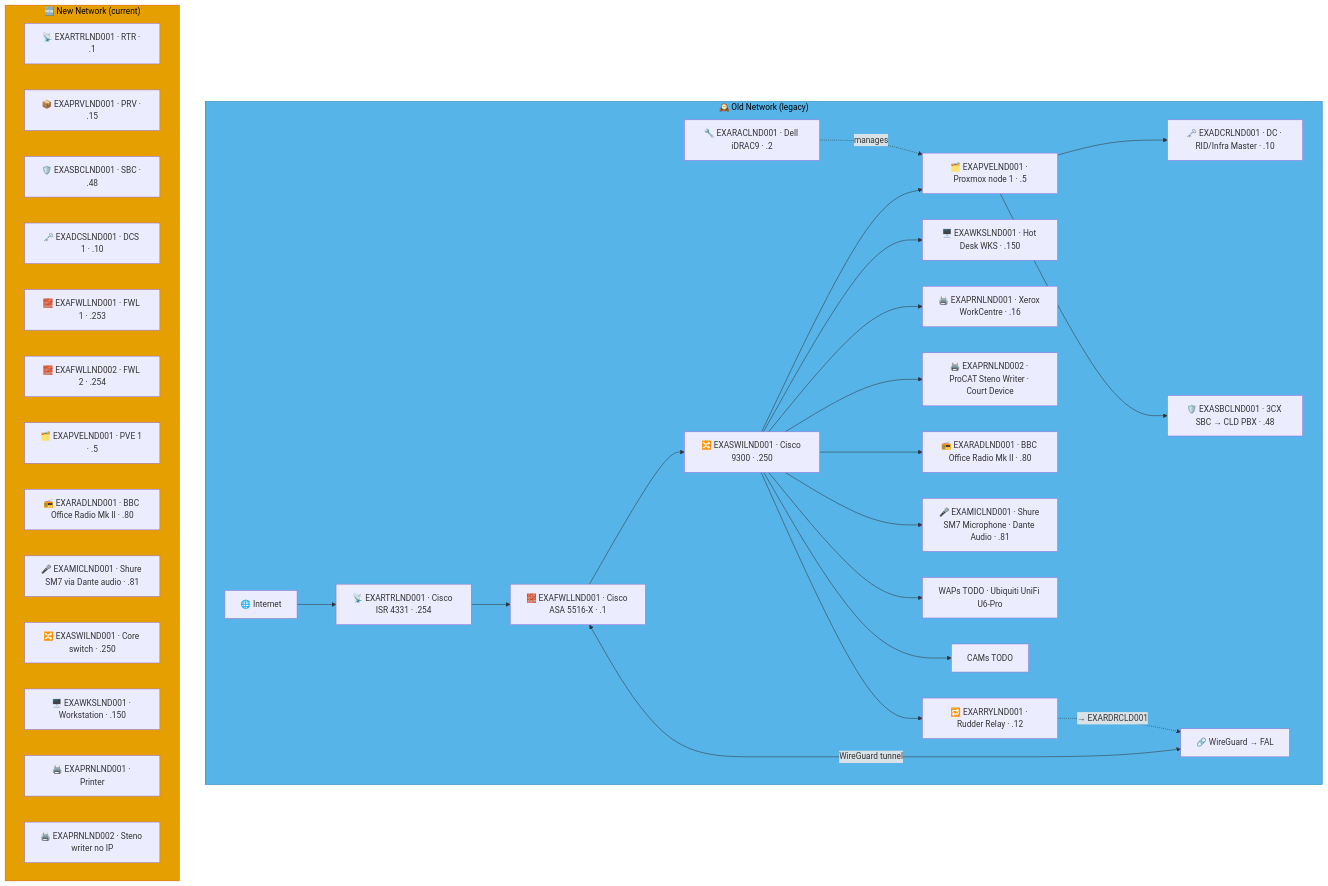
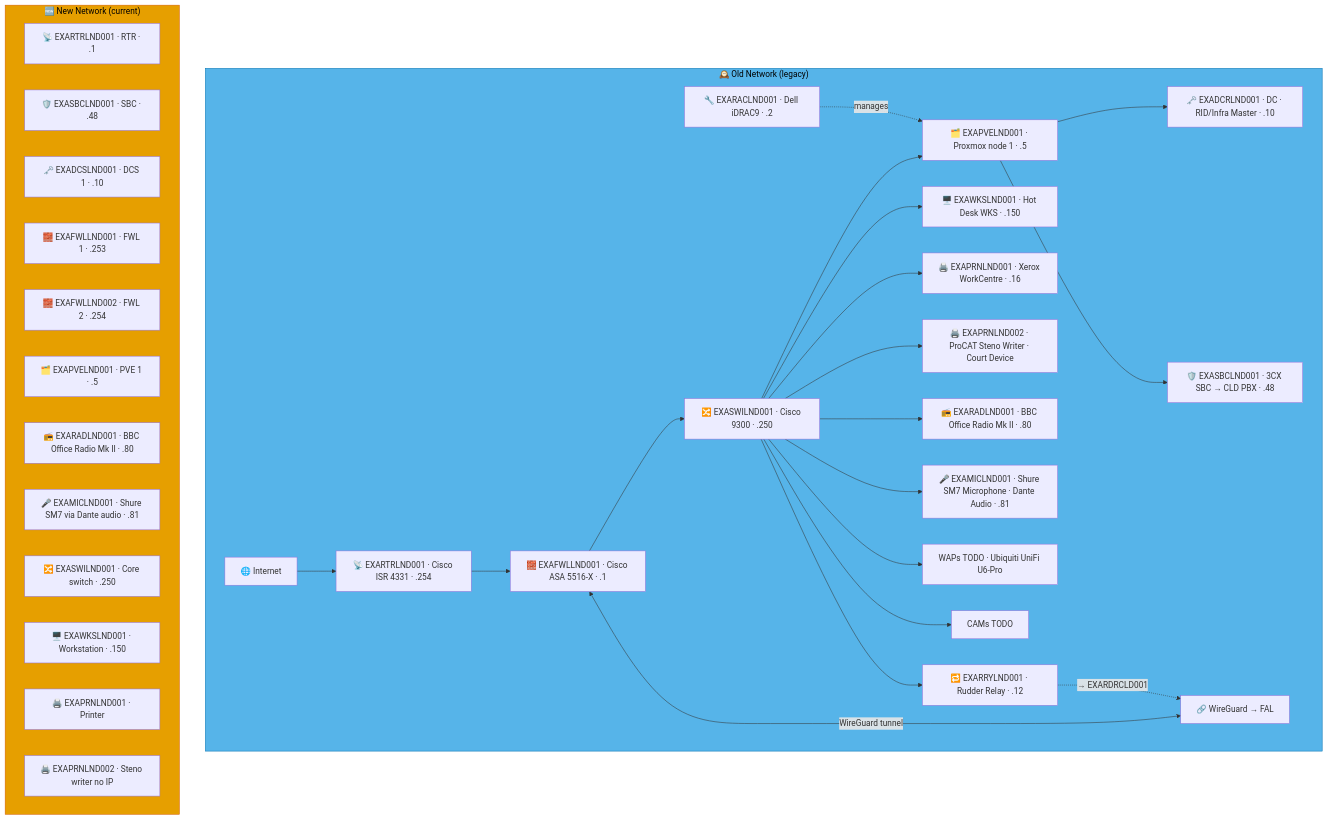
One commit to knightmare2600/example_music_infra changed the first of 9 diagrams in docs/network-diagram/england.md. Above: the diagram before and after it, drawn with Mermaid. The commit also changed other lines of this file and 55 other files, not shown here.

````diff
--- a/docs/network-diagram/england.md
+++ b/docs/network-diagram/england.md
@@ -16,50 +16,49 @@
 ```mermaid
 graph TD
     subgraph OLD_LND ["🕰️ Old Network (legacy)"]
       INET["🌐 Internet"]
       FWL["🧱 EXAFWLLND001 · Cisco ASA 5516-X · .1"]
       SW["🔀 EXASWILND001 · Cisco 9300 · .250"]
       RTR["📡 EXARTRLND001 · Cisco ISR 4331 · .254"]
       RAC["🔧 EXARACLND001 · Dell iDRAC9 · .2"]
       PVE["🗂️ EXAPVELND001 · Proxmox node 1 · .5"]
       DC["🗝️ EXADCRLND001 · DC · RID/Infra Master · .10"]
       SBC["🛡️ EXASBCLND001 · 3CX SBC → CLD PBX · .48"]
       RRY["🔁 EXARRYLND001 · Rudder Relay · .12"]
       WKS["🖥️ EXAWKSLND001 · Hot Desk WKS · .150"]
       PRN1["🖨️ EXAPRNLND001 · Xerox WorkCentre · .16"]
       PRN2["🖨️ EXAPRNLND002 · ProCAT Steno Writer · Court Device"]
       RAD["📻 EXARADLND001 · BBC Office Radio Mk II · .80"]
       MIC["🎤 EXAMICLND001 · Shure SM7 Microphone · Dante Audio · .81"]
       WAP["WAPs TODO · Ubiquiti UniFi U6-Pro"]
       CAM["CAMs TODO"]
       VPN["🔗 WireGuard → FAL"]
 
       INET --> RTR --> FWL --> SW
       SW --> PVE --> DC & SBC
       RAC -.->|"manages"| PVE
       SW --> WKS & PRN1 & PRN2 & RAD & MIC & WAP & CAM
       FWL <-->|"WireGuard tunnel"| VPN
 
       SW --> RRY
       RRY -. "→ EXARDRCLD001" .-> VPN
     end
     style OLD_LND fill:#56B4E9,stroke:#0072B2,color:#000000
     %% GENERATED:NEW-NETWORK:LND:START
     subgraph NEW_LND ["🆕 New Network (current)"]
       N_RTR["📡 EXARTRLND001 · RTR · .1"]
-      N_PRV["📦 EXAPRVLND001 · PRV · .15"]
       N_SBC["🛡️ EXASBCLND001 · SBC · .48"]
       N_DCS["🗝️ EXADCSLND001 · DCS 1 · .10"]
       N_FWL["🧱 EXAFWLLND001 · FWL 1 · .253"]
       N_FWL2["🧱 EXAFWLLND002 · FWL 2 · .254"]
       N_PVE["🗂️ EXAPVELND001 · PVE 1 · .5"]
       N_RAD["📻 EXARADLND001 · BBC Office Radio Mk II · .80"]
       N_MIC["🎤 EXAMICLND001 · Shure SM7 via Dante audio · .81"]
       N_SWI["🔀 EXASWILND001 · Core switch · .250"]
       N_WKS["🖥️ EXAWKSLND001 · Workstation · .150"]
       N_PRN["🖨️ EXAPRNLND001 · Printer"]
       N_PRN2["🖨️ EXAPRNLND002 · Steno writer no IP"]
     end
     style NEW_LND fill:#E69F00,stroke:#D55E00,color:#000000
     %% GENERATED:NEW-NETWORK:LND:END
 ```
````
